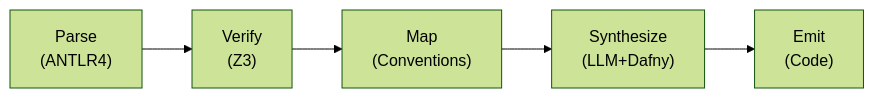
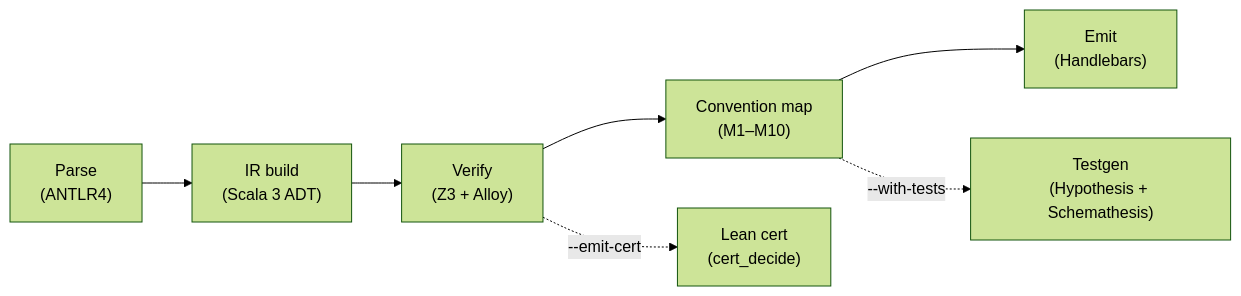
The diagram in docs/content/docs/design/architecture.mdx (HardMax71/spec_to_rest), drawn with Mermaid (forest theme) before and after one commit. The commit also changed other lines of this file and 16 other files, not shown here.

````diff
--- a/docs/content/docs/design/architecture.mdx
+++ b/docs/content/docs/design/architecture.mdx
@@ -22,7 +39,9 @@
 ```mermaid
 flowchart LR
-  Parse["Parse\n(ANTLR4)"] --> Verify["Verify\n(Z3)"]
-  Verify --> Map["Map\n(Conventions)"]
-  Map --> Synthesize["Synthesize\n(LLM+Dafny)"]
-  Synthesize --> Emit["Emit\n(Code)"]
+  Parse["Parse<br/>(ANTLR4)"] --> Build["IR build<br/>(Scala 3 ADT)"]
+  Build --> Verify["Verify<br/>(Z3 + Alloy)"]
+  Verify --> Map["Convention map<br/>(M1–M10)"]
+  Map --> Emit["Emit<br/>(Handlebars)"]
+  Verify -.->|--emit-cert| Cert["Lean cert<br/>(cert_decide)"]
+  Map -.->|--with-tests| Tests["Testgen<br/>(Hypothesis + Schemathesis)"]
 ```
````
